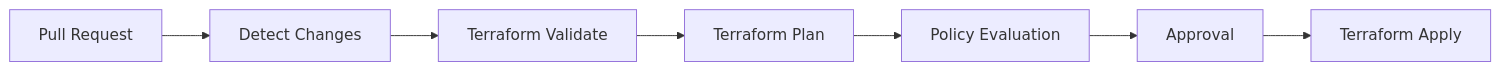
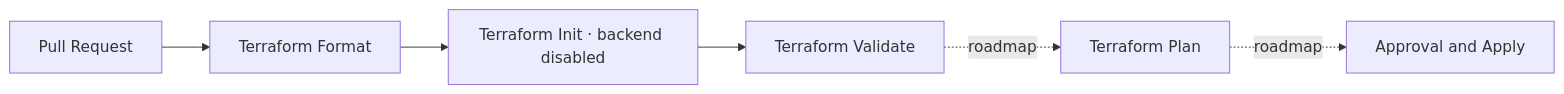
One commit to LeonardoNXT/werant-infrastructure changed the second of 2 diagrams in README.md. Above: the diagram before and after it, drawn with Mermaid. The commit also changed other lines of this file, not shown here.

Commit message:
docs(readme): align architecture and security controls

````diff
--- a/README.md
+++ b/README.md
@@ -360,9 +347,8 @@
 ```mermaid
 flowchart LR
-    A["Pull Request"] --> B["Detect Changes"]
-    B --> C["Terraform Validate"]
-    C --> D["Terraform Plan"]
-    D --> E["Policy Evaluation"]
-    E --> F["Approval"]
-    F --> G["Terraform Apply"]
+    A["Pull Request"] --> B["Terraform Format"]
+    B --> C["Terraform Init · backend disabled"]
+    C --> D["Terraform Validate"]
+    D -. "roadmap" .-> E["Terraform Plan"]
+    E -. "roadmap" .-> F["Approval and Apply"]
 ```
````
